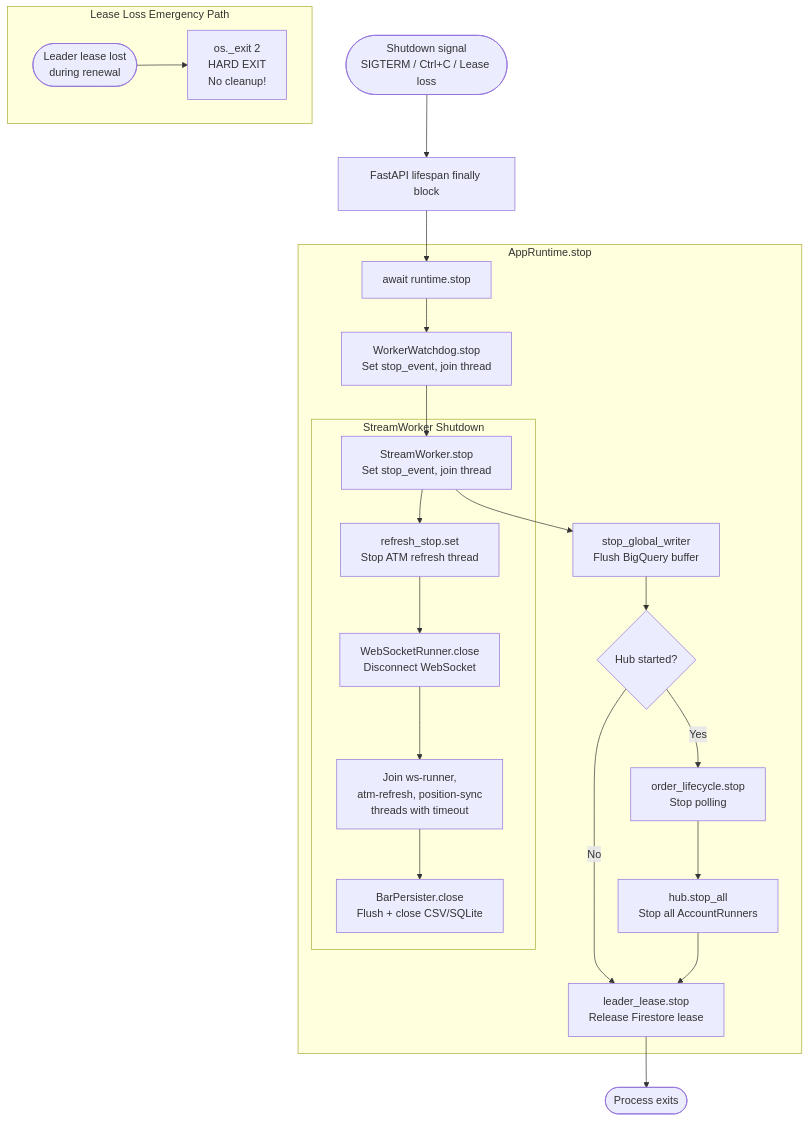
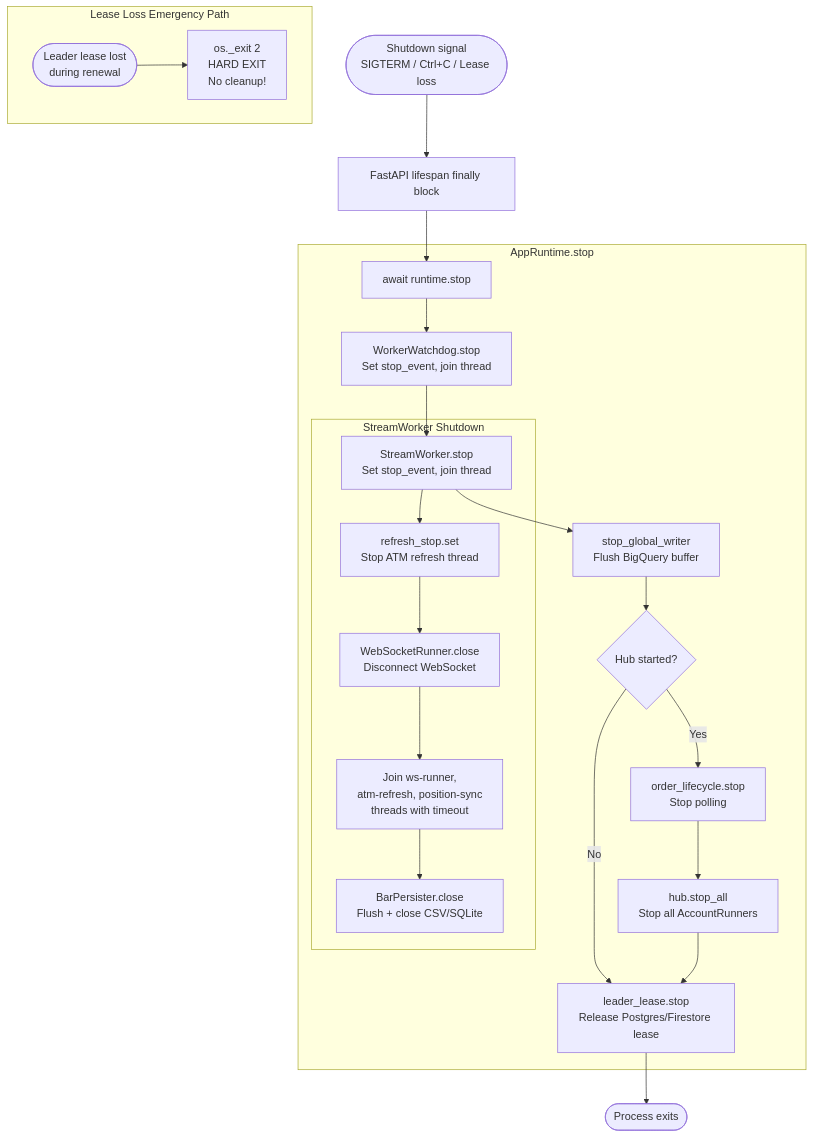
Diagram 11 of 13 in docs/Flowchart.md (abhipharmatiwari-netizen/Phoenix), drawn with Mermaid before and after one commit. The commit also changed other lines of this file and 5 other files, not shown here.

````diff
--- a/docs/Flowchart.md
+++ b/docs/Flowchart.md
@@ -417,32 +422,32 @@
 ```mermaid
 flowchart TD
     SHUTDOWN([Shutdown signal<br/>SIGTERM / Ctrl+C / Lease loss]) --> LIFESPAN_FINALLY[FastAPI lifespan finally block]
     LIFESPAN_FINALLY --> RUNTIME_STOP[await runtime.stop]
 
     subgraph AppRuntime.stop
         RUNTIME_STOP --> STOP_WATCHDOG[WorkerWatchdog.stop<br/>Set stop_event, join thread]
         STOP_WATCHDOG --> STOP_WORKER[StreamWorker.stop<br/>Set stop_event, join thread]
 
         subgraph StreamWorker Shutdown
             STOP_WORKER --> SET_REFRESH_STOP[refresh_stop.set<br/>Stop ATM refresh thread]
             SET_REFRESH_STOP --> CLOSE_WS[WebSocketRunner.close<br/>Disconnect WebSocket]
             CLOSE_WS --> JOIN_THREADS[Join ws-runner,<br/>atm-refresh, position-sync<br/>threads with timeout]
             JOIN_THREADS --> CLOSE_PERSISTER[BarPersister.close<br/>Flush + close CSV/SQLite]
         end
 
         STOP_WORKER --> STOP_BQ[stop_global_writer<br/>Flush BigQuery buffer]
 
         STOP_BQ --> HUB_STOP{Hub started?}
         HUB_STOP -- Yes --> LIFECYCLE_STOP[order_lifecycle.stop<br/>Stop polling]
         LIFECYCLE_STOP --> HUB_STOP_ALL[hub.stop_all<br/>Stop all AccountRunners]
         HUB_STOP -- No --> LEASE_STOP
 
-        HUB_STOP_ALL --> LEASE_STOP[leader_lease.stop<br/>Release Firestore lease]
+        HUB_STOP_ALL --> LEASE_STOP[leader_lease.stop<br/>Release Postgres/Firestore lease]
     end
 
     LEASE_STOP --> UVICORN_EXIT([Process exits])
 
     subgraph Lease Loss Emergency Path
         LEASE_LOST([Leader lease lost<br/>during renewal]) --> OS_EXIT[os._exit 2<br/>HARD EXIT<br/>No cleanup!]
     end
 ```
````
